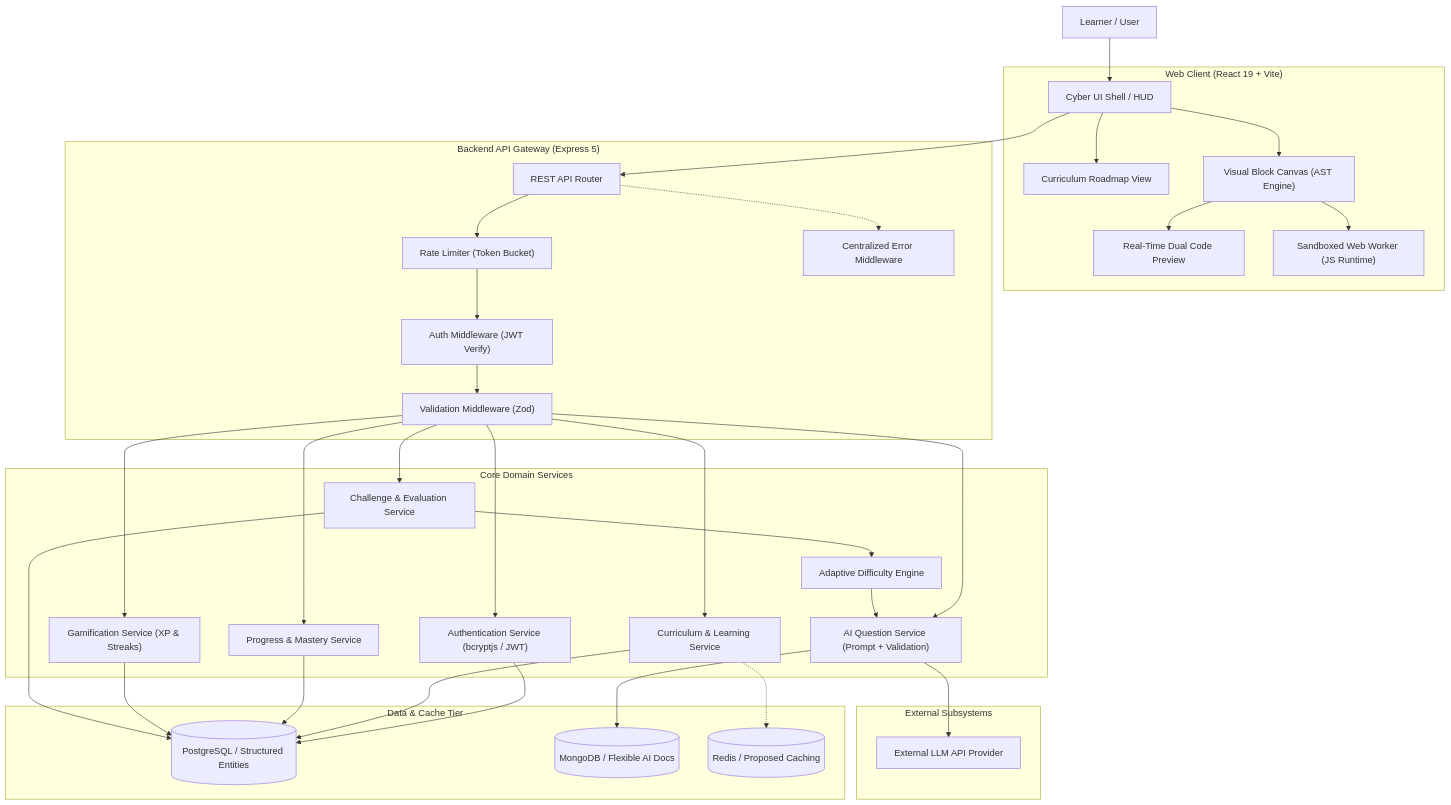
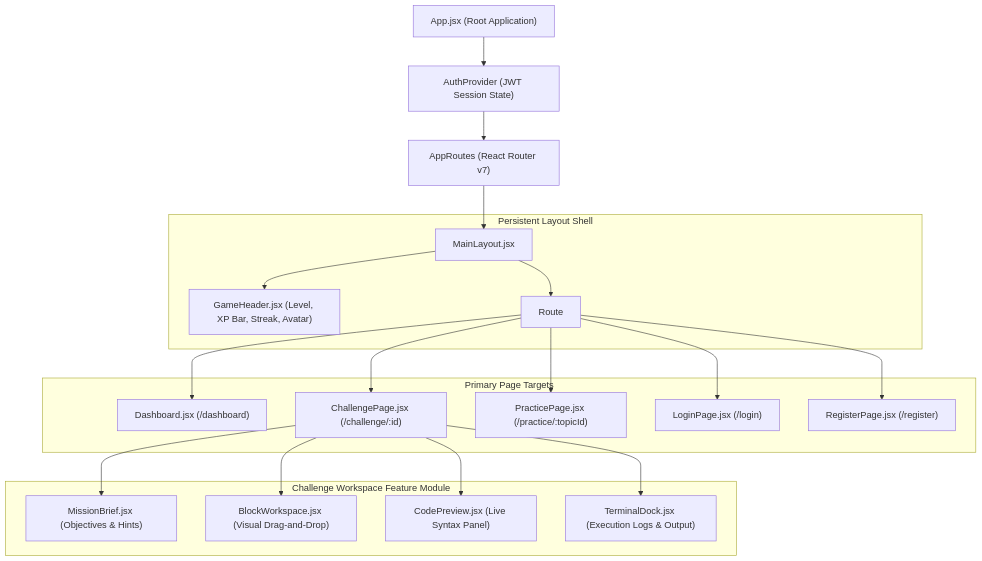
Before and after one commit to tanushreesrivastavs125-code/CodeVerse: the second of 13 diagrams in docs/HLD.md, drawn with Mermaid. The commit also changed other lines of this file, not shown here.

Commit message:
docs: add high level design

````diff
--- a/docs/HLD.md
+++ b/docs/HLD.md
@@ -125,70 +437,43 @@
 ```mermaid
-flowchart TB
-    User["Learner / User"]
+flowchart TD
+    App["App.jsx (Root Application)"]
+    AuthProvider["AuthProvider (JWT Session State)"]
+    Router["AppRoutes (React Router v7)"]
 
-    subgraph Client["Web Client (React 19 + Vite)"]
-        UI["Cyber UI Shell / HUD"]
-        Roadmap["Curriculum Roadmap View"]
-        Blockly["Visual Block Canvas (AST Engine)"]
-        CodePreview["Real-Time Dual Code Preview"]
-        WorkerSandbox["Sandboxed Web Worker (JS Runtime)"]
+    subgraph Layout["Persistent Layout Shell"]
+        MainLayout["MainLayout.jsx"]
+        HUD["GameHeader.jsx (Level, XP Bar, Streak, Avatar)"]
+        Outlet["Route <Outlet />"]
     end
 
-    subgraph Gateway["Backend API Gateway (Express 5)"]
-        Router["REST API Router"]
-        AuthMW["Auth Middleware (JWT Verify)"]
-        ValMW["Validation Middleware (Zod)"]
-        RateMW["Rate Limiter (Token Bucket)"]
-        ErrMW["Centralized Error Middleware"]
+    subgraph Pages["Primary Page Targets"]
+        Dashboard["Dashboard.jsx (/dashboard)"]
+        Challenge["ChallengePage.jsx (/challenge/:id)"]
+        Practice["PracticePage.jsx (/practice/:topicId)"]
+        Login["LoginPage.jsx (/login)"]
+        Register["RegisterPage.jsx (/register)"]
     end
 
-    subgraph Services["Core Domain Services"]
-        AuthService["Authentication Service (bcryptjs / JWT)"]
-        LearningService["Curriculum & Learning Service"]
-        ChallengeService["Challenge & Evaluation Service"]
-        ProgressService["Progress & Mastery Service"]
-        GamificationService["Gamification Service (XP & Streaks)"]
-        AdaptiveEngine["Adaptive Difficulty Engine"]
-        AIService["AI Question Service (Prompt + Validation)"]
+    subgraph WorkspaceFeature["Challenge Workspace Feature Module"]
+        Brief["MissionBrief.jsx (Objectives & Hints)"]
+        BlocklyCanvas["BlockWorkspace.jsx (Visual Drag-and-Drop)"]
+        CodeView["CodePreview.jsx (Live Syntax Panel)"]
+        Terminal["TerminalDock.jsx (Execution Logs & Output)"]
     end
 
-    subgraph Storage["Data & Cache Tier"]
-        SQL[(PostgreSQL / Structured Entities)]
-        Mongo[(MongoDB / Flexible AI Docs)]
-        Cache[(Redis / Proposed Caching)]
-    end
+    App --> AuthProvider --> Router
+    Router --> MainLayout
+    MainLayout --> HUD
+    MainLayout --> Outlet
 
-    subgraph External["External Subsystems"]
-        LLM["External LLM API Provider"]
-    end
+    Outlet --> Dashboard
+    Outlet --> Challenge
+    Outlet --> Practice
+    Outlet --> Login
+    Outlet --> Register
 
-    User --> UI
-    UI --> Roadmap
-    UI --> Blockly
-    Blockly --> CodePreview
-    Blockly --> WorkerSandbox
-    UI --> Router
-
-    Router --> RateMW --> AuthMW --> ValMW
-
-    ValMW --> AuthService
-    ValMW --> LearningService
-    ValMW --> ChallengeService
-    ValMW --> ProgressService
-    ValMW --> GamificationService
-    ValMW --> AIService
-
-    ChallengeService --> AdaptiveEngine
-    AdaptiveEngine --> AIService
-    AIService --> LLM
-
-    AuthService --> SQL
-    LearningService --> SQL
-    ProgressService --> SQL
-    GamificationService --> SQL
-    ChallengeService --> SQL
-
-    AIService --> Mongo
-    LearningService -.-> Cache
-    Router -.-> ErrMW
+    Challenge --> Brief
+    Challenge --> BlocklyCanvas
+    Challenge --> CodeView
+    Challenge --> Terminal
 ```
````
